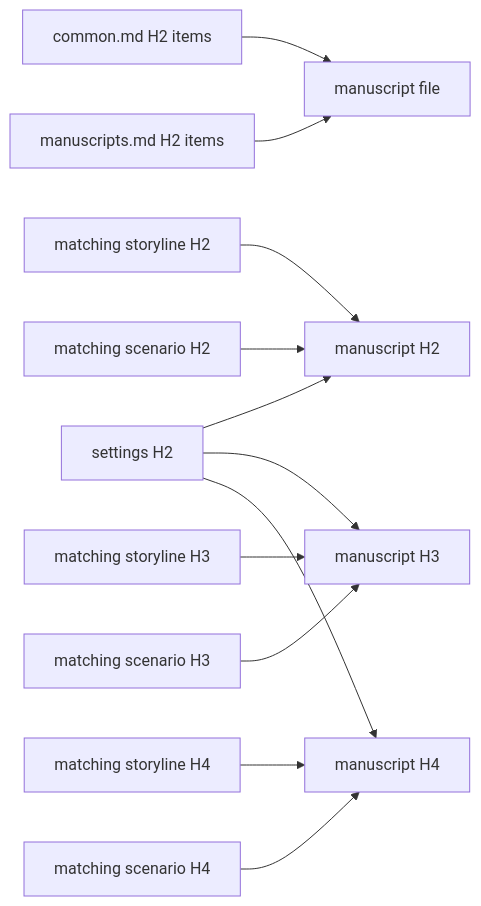
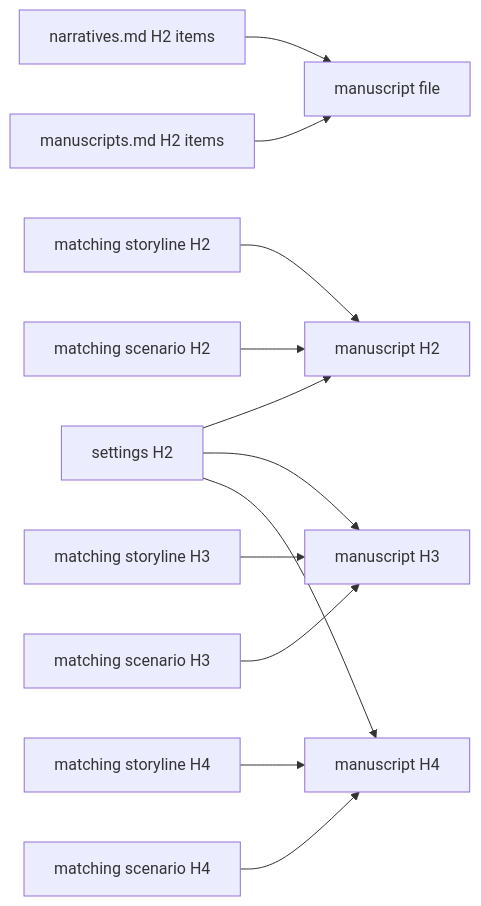
One commit to samchon/novels changed the diagram in .agents/skills/novel/manuscripts.md. Above: the diagram before and after it, drawn with Mermaid. The commit also changed other lines of this file and 13 other files, not shown here.

````diff
--- a/.agents/skills/novel/manuscripts.md
+++ b/.agents/skills/novel/manuscripts.md
@@ -20,14 +20,14 @@
 ```mermaid
 flowchart LR
-  PC["common.md H2 items"] --> MF["manuscript file"]
+  PC["narratives.md H2 items"] --> MF["manuscript file"]
   PL["manuscripts.md H2 items"] --> MF
   F["settings H2"] --> M2["manuscript H2"]
   F --> M3["manuscript H3"]
   F --> M4["manuscript H4"]
   T2["matching storyline H2"] --> M2
   C2["matching scenario H2"] --> M2
   T3["matching storyline H3"] --> M3
   C3["matching scenario H3"] --> M3
   T4["matching storyline H4"] --> M4
   C4["matching scenario H4"] --> M4
 ```
````
